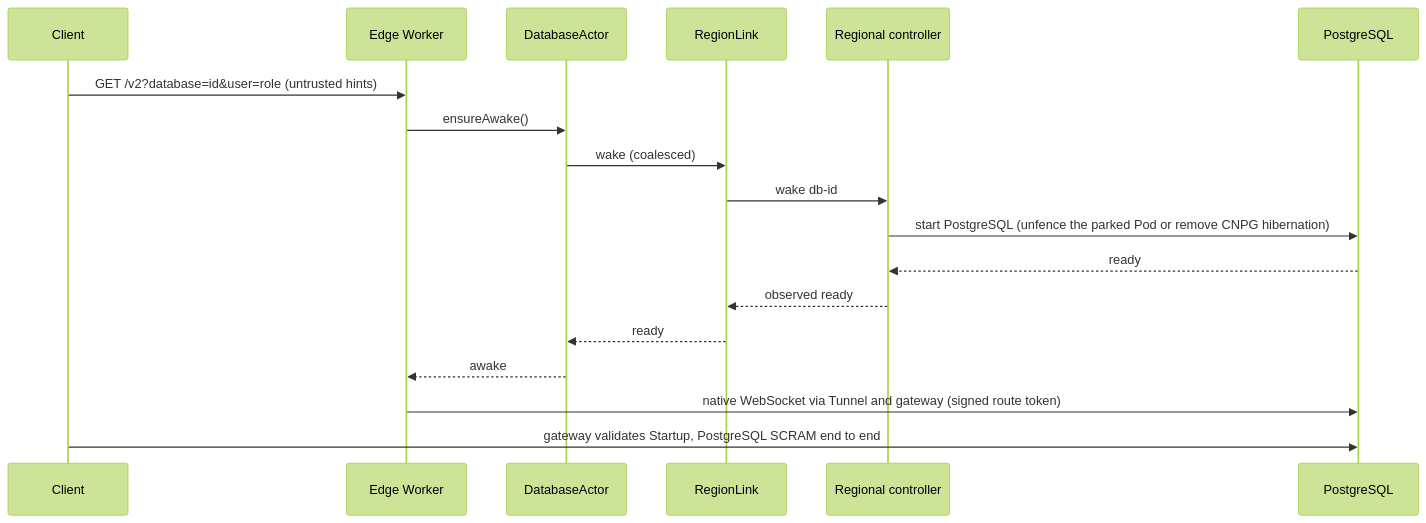
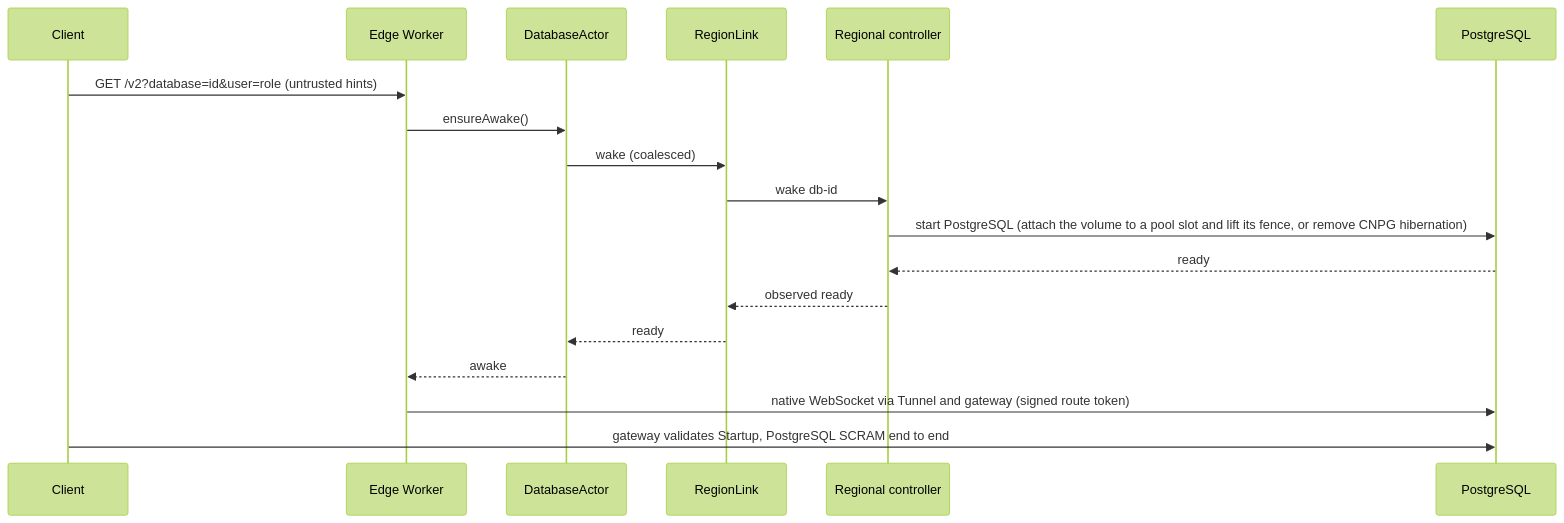
Before and after one commit to amerged-org/cloudflare-postgres: the second of 2 diagrams in README.md, drawn with Mermaid (forest theme). The commit also changed other lines of this file and 4 other files, not shown here.

````diff
--- a/README.md
+++ b/README.md
@@ -115,21 +117,21 @@
 ```mermaid
 sequenceDiagram
   participant C as Client
   participant E as Edge Worker
   participant A as DatabaseActor
   participant R as RegionLink
   participant G as Regional controller
   participant P as PostgreSQL
 
   C->>E: GET /v2?database=id&user=role (untrusted hints)
   E->>A: ensureAwake()
   A->>R: wake (coalesced)
   R->>G: wake db-id
-  G->>P: start PostgreSQL (unfence the parked Pod or remove CNPG hibernation)
+  G->>P: start PostgreSQL (attach the volume to a pool slot and lift its fence, or remove CNPG hibernation)
   P-->>G: ready
   G-->>R: observed ready
   R-->>A: ready
   A-->>E: awake
   E->>P: native WebSocket via Tunnel and gateway (signed route token)
   C->>P: gateway validates Startup, PostgreSQL SCRAM end to end
 ```
````
